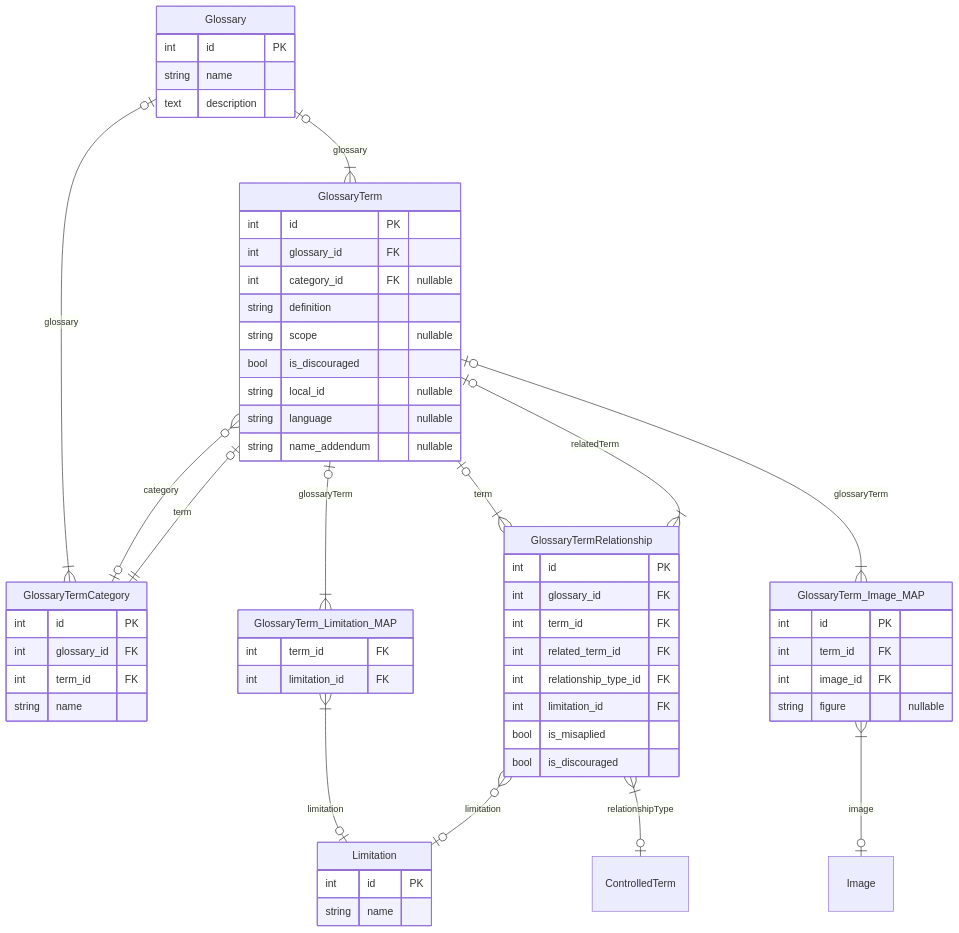
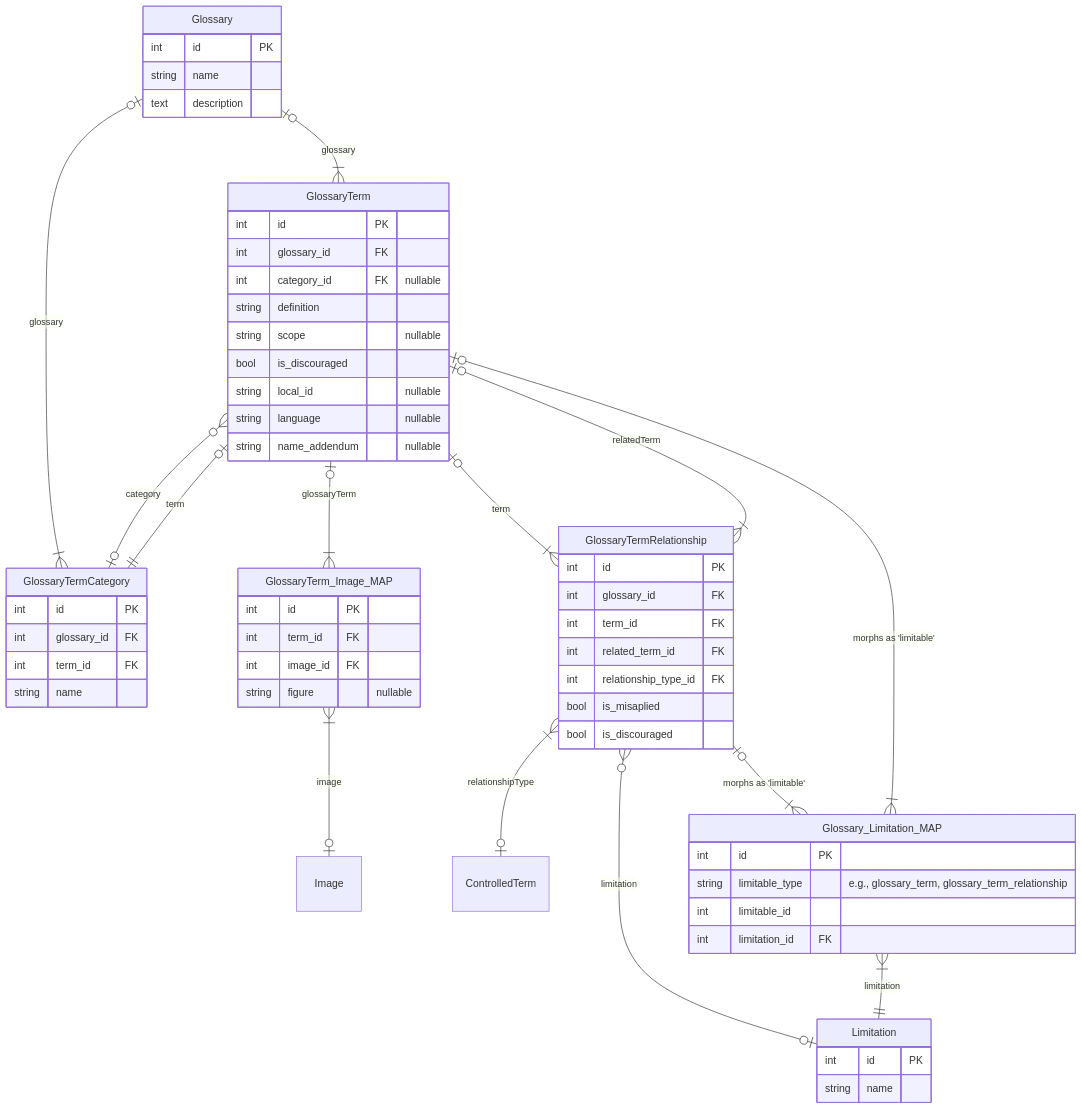
One commit to vicflora/vicflora-data-model-2026 changed the diagram in docs/glossary-module.md. Above: the diagram before and after it, drawn with Mermaid. The commit also changed 8 other files, not shown here.

Commit message:
Create polymorhic GlossaryLimitationMap pivot model

````diff
--- a/docs/glossary-module.md
+++ b/docs/glossary-module.md
@@ -25,73 +25,78 @@
 ```mermaid
 erDiagram
     Glossary |o--|{ GlossaryTerm : glossary
 
     Glossary |o--|{ GlossaryTermCategory : glossary
     GlossaryTerm }o--o| GlossaryTermCategory : category
     GlossaryTerm |o--|| GlossaryTermCategory : term
 
-    GlossaryTerm |o--|{ GlossaryTerm_Limitation_MAP : glossaryTerm
-    GlossaryTerm_Limitation_MAP }|--o| Limitation : limitation
+    GlossaryTerm |o--|{ GlossaryTerm_Image_MAP : glossaryTerm
+    GlossaryTerm_Image_MAP }|--o| Image : image
 
     GlossaryTerm |o--|{ GlossaryTermRelationship : term
     GlossaryTermRelationship }|--o| GlossaryTerm : relatedTerm
     GlossaryTermRelationship }|--o| ControlledTerm : relationshipType
     GlossaryTermRelationship }o--o| Limitation : limitation
 
-    GlossaryTerm |o--|{ GlossaryTerm_Image_MAP : glossaryTerm
-    GlossaryTerm_Image_MAP }|--o| Image : image
+    %% Polymorphic Targets
+    GlossaryTermRelationship |o--|{ Glossary_Limitation_MAP  : "morphs as 'limitable'"
+    GlossaryTerm |o--|{ Glossary_Limitation_MAP : "morphs as 'limitable'"
+
+    Glossary_Limitation_MAP }|--|| Limitation : "limitation"
+    
 
     Glossary {
       int id PK
       string name 
       text description
     }
 
     GlossaryTerm {
       int id PK
       int glossary_id FK
       int category_id FK "nullable"
       string definition
       string scope "nullable"
       bool is_discouraged
       string local_id "nullable"
       string language "nullable"
       string name_addendum "nullable"
     }
 
     GlossaryTermCategory {
       int id PK
       int glossary_id FK
       int term_id FK
       string name 
     }
 
     GlossaryTermRelationship {
       int id PK
       int glossary_id FK
       int term_id FK
       int related_term_id FK
       int relationship_type_id FK
-      int limitation_id FK
       bool is_misaplied
       bool is_discouraged
     }
 
     Limitation {
       int id PK
       string name 
     }
 
-    GlossaryTerm_Limitation_MAP {
-      int term_id FK
-      int limitation_id FK
+    Glossary_Limitation_MAP {
+        int id PK
+        string limitable_type "e.g., glossary_term, glossary_term_relationship"
+        int limitable_id
+        int limitation_id FK
     }
 
     GlossaryTerm_Image_MAP {
       int id PK
       int term_id FK
       int image_id FK
       string figure "nullable"
     }
 
 ```
````
